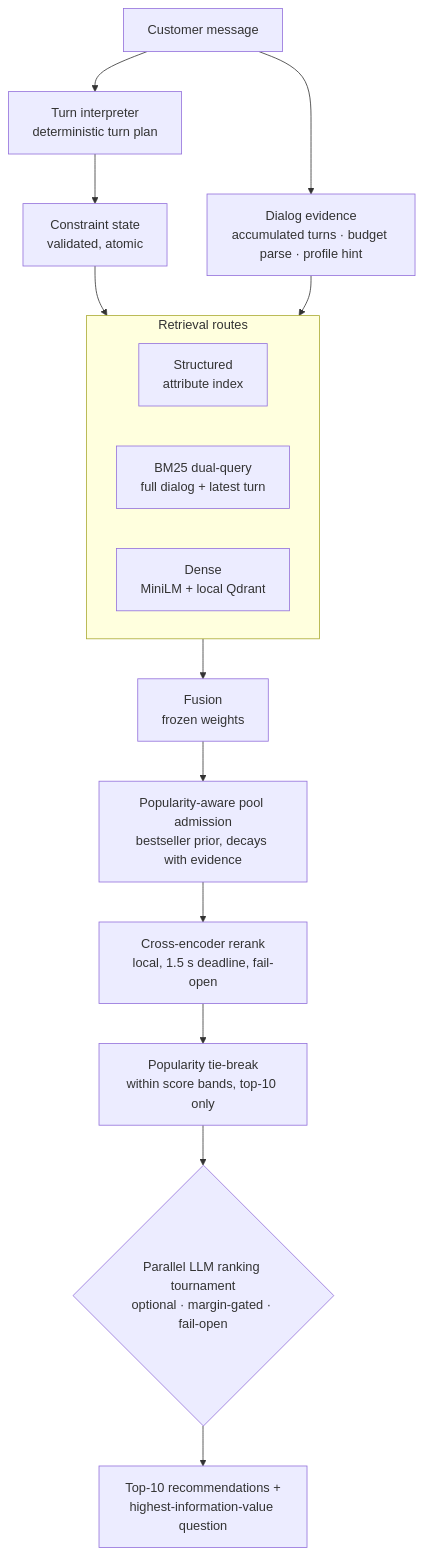
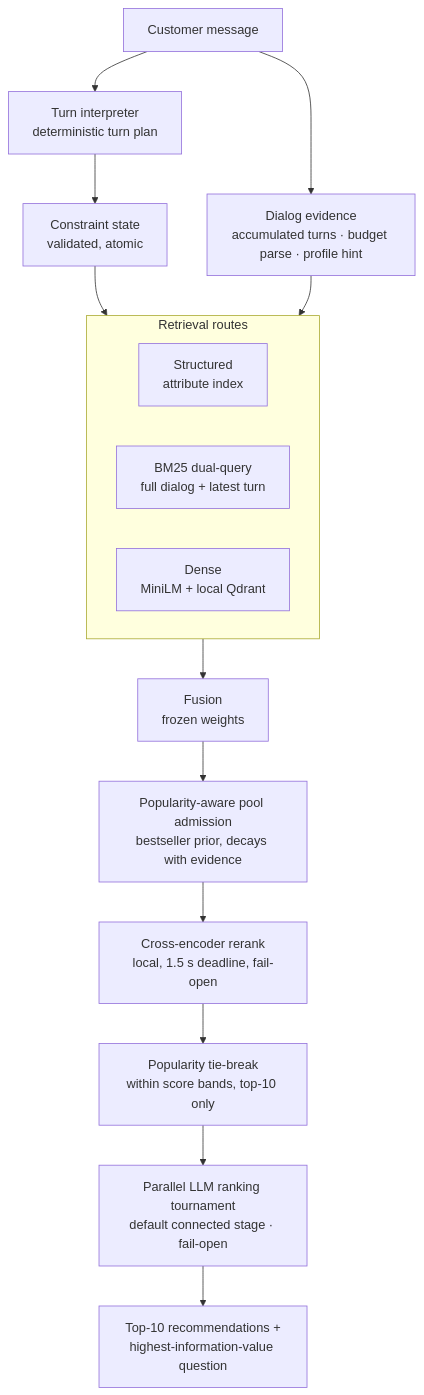
Before and after one commit to Dharshan2004/beeline: the diagram in README.md, drawn with Mermaid. The commit also changed other lines of this file and 1 other file, not shown here.

Commit message:
docs: align demo narrative with connected ranking path

````diff
--- a/README.md
+++ b/README.md
@@ -74,19 +83,19 @@
 ```mermaid
 flowchart TD
     M[Customer message] --> TI[Turn interpreter<br/>deterministic turn plan]
     TI --> CS[Constraint state<br/>validated, atomic]
     M --> DE[Dialog evidence<br/>accumulated turns · budget parse · profile hint]
     CS --> R
     DE --> R
     subgraph R[Retrieval routes]
         S[Structured<br/>attribute index]
         B[BM25 dual-query<br/>full dialog + latest turn]
         D[Dense<br/>MiniLM + local Qdrant]
     end
     R --> F[Fusion<br/>frozen weights]
     F --> P[Popularity-aware pool admission<br/>bestseller prior, decays with evidence]
     P --> CE[Cross-encoder rerank<br/>local, 1.5 s deadline, fail-open]
     CE --> TB[Popularity tie-break<br/>within score bands, top-10 only]
-    TB --> L{Parallel LLM ranking tournament<br/>optional · margin-gated · fail-open}
+    TB --> L[Parallel LLM ranking tournament<br/>default connected stage · fail-open]
     L --> O[Top-10 recommendations +<br/>highest-information-value question]
 ```
````
